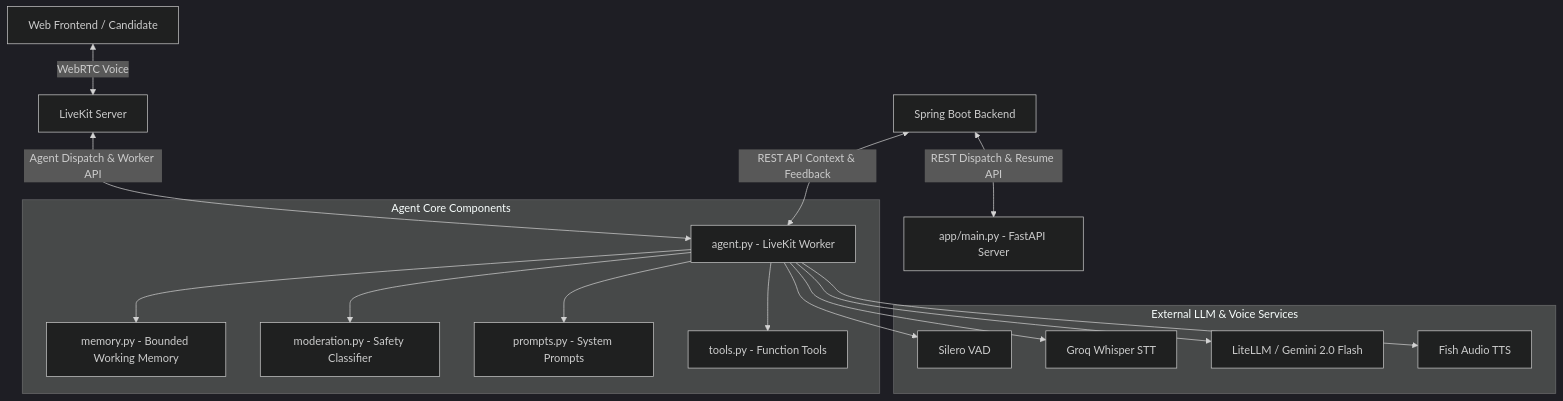
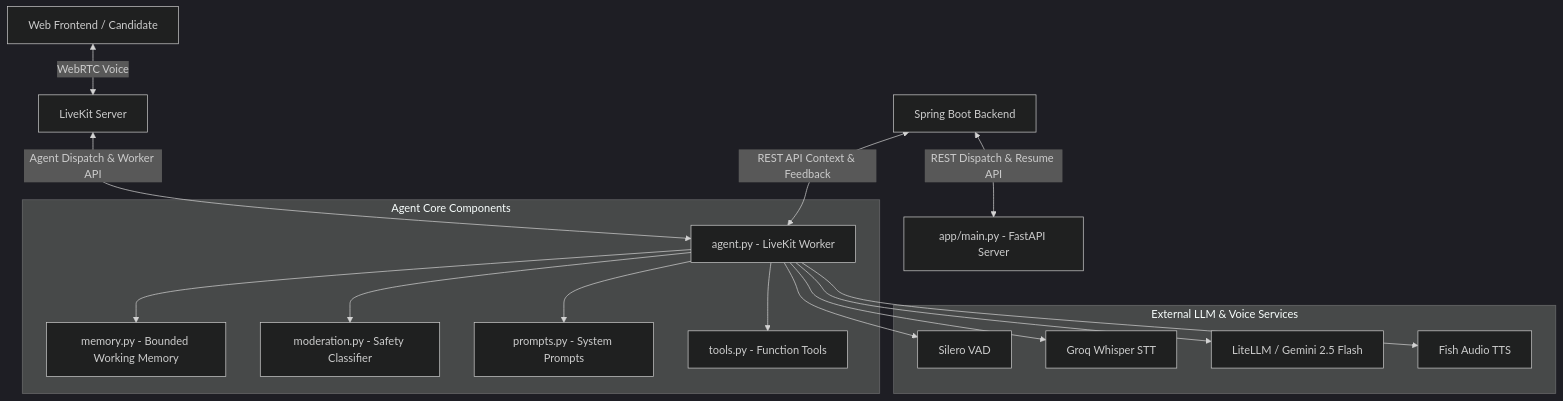
The second of 2 diagrams in README.md (TechTAnish-07/InterviewAgent), drawn with Mermaid (dark theme) before and after one commit. The commit also changed other lines of this file and 9 other files, not shown here.

````diff
--- a/README.md
+++ b/README.md
@@ -57,22 +57,22 @@
 ```mermaid
 graph TD
     Client[Web Frontend / Candidate] <-->|WebRTC Voice| LiveKit[LiveKit Server]
     LiveKit <-->|Agent Dispatch & Worker API| AgentWorker[agent.py - LiveKit Worker]
     
     Spring[Spring Boot Backend] <-->|REST API Context & Feedback| AgentWorker
     Spring <-->|REST Dispatch & Resume API| FastAPI[app/main.py - FastAPI Server]
     
     subgraph Agent Core Components
         AgentWorker --> Memory[memory.py - Bounded Working Memory]
         AgentWorker --> Moderation[moderation.py - Safety Classifier]
         AgentWorker --> Prompts[prompts.py - System Prompts]
         AgentWorker --> Tools[tools.py - Function Tools]
     end
     
     subgraph External LLM & Voice Services
         AgentWorker --> VAD[Silero VAD]
         AgentWorker --> STT[Groq Whisper STT]
-        AgentWorker --> LLM[LiteLLM / Gemini 2.0 Flash]
+        AgentWorker --> LLM[LiteLLM / Gemini 2.5 Flash]
         AgentWorker --> TTS[Fish Audio TTS]
     end
 ```
````
